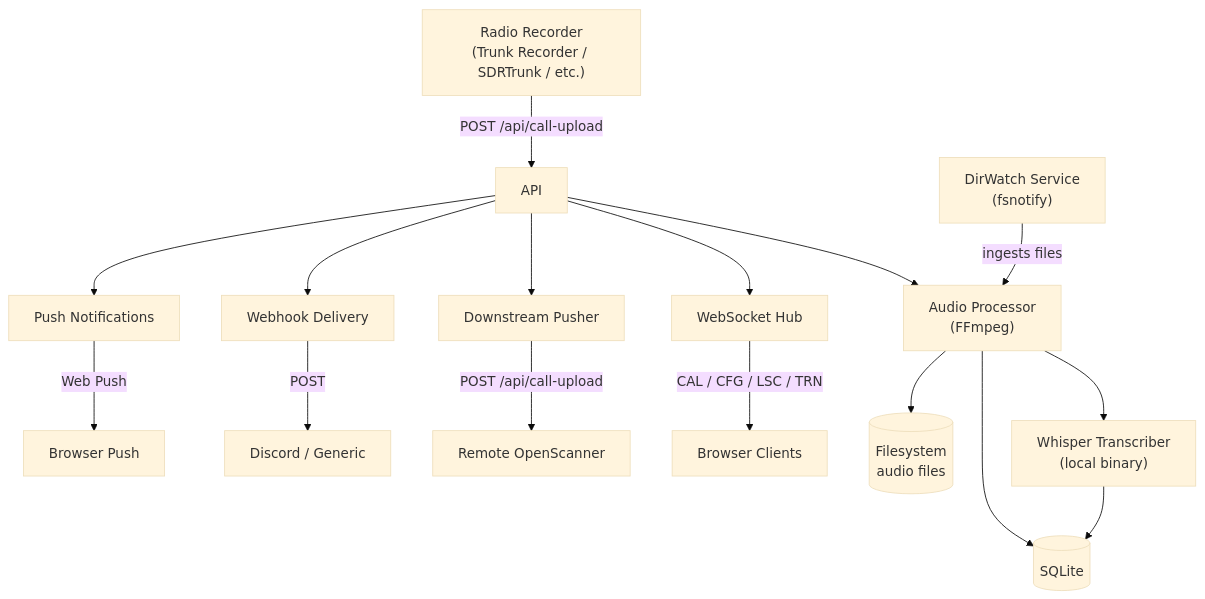
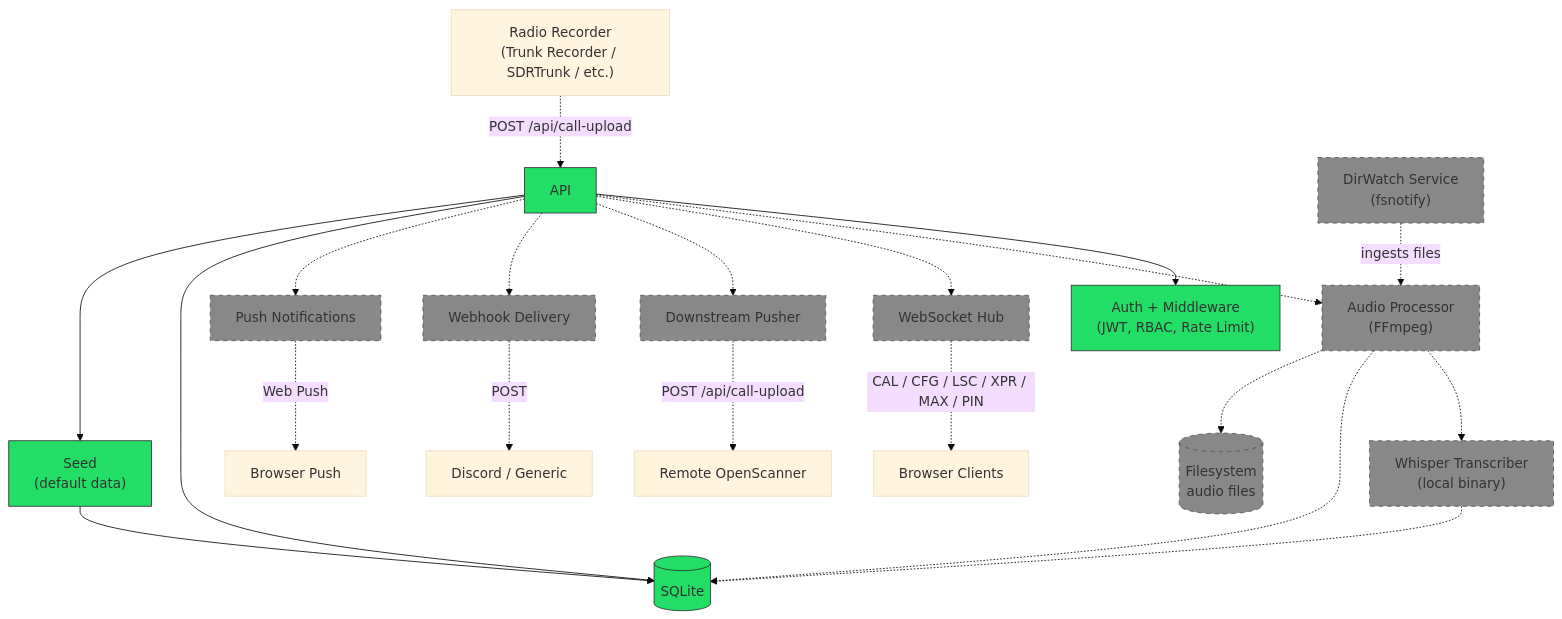
Before and after one commit to revtex/OpenScanner: the diagram in docs/architecture.md, drawn with Mermaid (base theme). The commit also changed other lines of this file and 8 other files, not shown here.

````diff
--- a/docs/architecture.md
+++ b/docs/architecture.md
@@ -11,18 +13,35 @@
 ```mermaid
 graph TD
-    Recorder["Radio Recorder\n(Trunk Recorder / SDRTrunk / etc.)"] -->|POST /api/call-upload| API
-    DirWatch["DirWatch Service\n(fsnotify)"] -->|ingests files| Audio
-    API --> Audio["Audio Processor\n(FFmpeg)"]
-    Audio --> Transcriber["Whisper Transcriber\n(local binary)"]
-    Audio --> DB[(SQLite)]
-    Audio --> FS[(Filesystem\naudio files)]
-    Transcriber --> DB
-    API --> Hub["WebSocket Hub"]
-    Hub -->|CAL / CFG / LSC / TRN| Listeners["Browser Clients"]
-    API --> Downstream["Downstream Pusher"]
-    Downstream -->|POST /api/call-upload| RemoteInstance["Remote OpenScanner"]
-    API --> Webhooks["Webhook Delivery"]
-    Webhooks -->|POST| External["Discord / Generic"]
-    API --> Push["Push Notifications"]
-    Push -->|Web Push| Browser["Browser Push"]
+    Recorder["Radio Recorder\n(Trunk Recorder / SDRTrunk / etc.)"] -.->|POST /api/call-upload| API
+    DirWatch["DirWatch Service\n(fsnotify)"] -.->|ingests files| Audio
+    API --> Auth["Auth + Middleware\n(JWT, RBAC, Rate Limit)"]
+    API -.-> Audio["Audio Processor\n(FFmpeg)"]
+    Audio -.-> Transcriber["Whisper Transcriber\n(local binary)"]
+    Audio -.-> DB[(SQLite)]
+    Audio -.-> FS[(Filesystem\naudio files)]
+    Transcriber -.-> DB
+    API -.-> Hub["WebSocket Hub"]
+    Hub -.->|CAL / CFG / LSC / XPR / MAX / PIN| Listeners["Browser Clients"]
+    API -.-> Downstream["Downstream Pusher"]
+    Downstream -.->|POST /api/call-upload| RemoteInstance["Remote OpenScanner"]
+    API -.-> Webhooks["Webhook Delivery"]
+    Webhooks -.->|POST| External["Discord / Generic"]
+    API -.-> Push["Push Notifications"]
+    Push -.->|Web Push| Browser["Browser Push"]
+    API --> DB
+    API --> Seed["Seed\n(default data)"]
+    Seed --> DB
+
+    style API fill:#2d6,stroke:#333
+    style Auth fill:#2d6,stroke:#333
+    style DB fill:#2d6,stroke:#333
+    style Seed fill:#2d6,stroke:#333
+    style Audio fill:#888,stroke:#555,stroke-dasharray: 5 5
+    style Hub fill:#888,stroke:#555,stroke-dasharray: 5 5
+    style Transcriber fill:#888,stroke:#555,stroke-dasharray: 5 5
+    style DirWatch fill:#888,stroke:#555,stroke-dasharray: 5 5
+    style Downstream fill:#888,stroke:#555,stroke-dasharray: 5 5
+    style Webhooks fill:#888,stroke:#555,stroke-dasharray: 5 5
+    style Push fill:#888,stroke:#555,stroke-dasharray: 5 5
+    style FS fill:#888,stroke:#555,stroke-dasharray: 5 5
 ```
````
